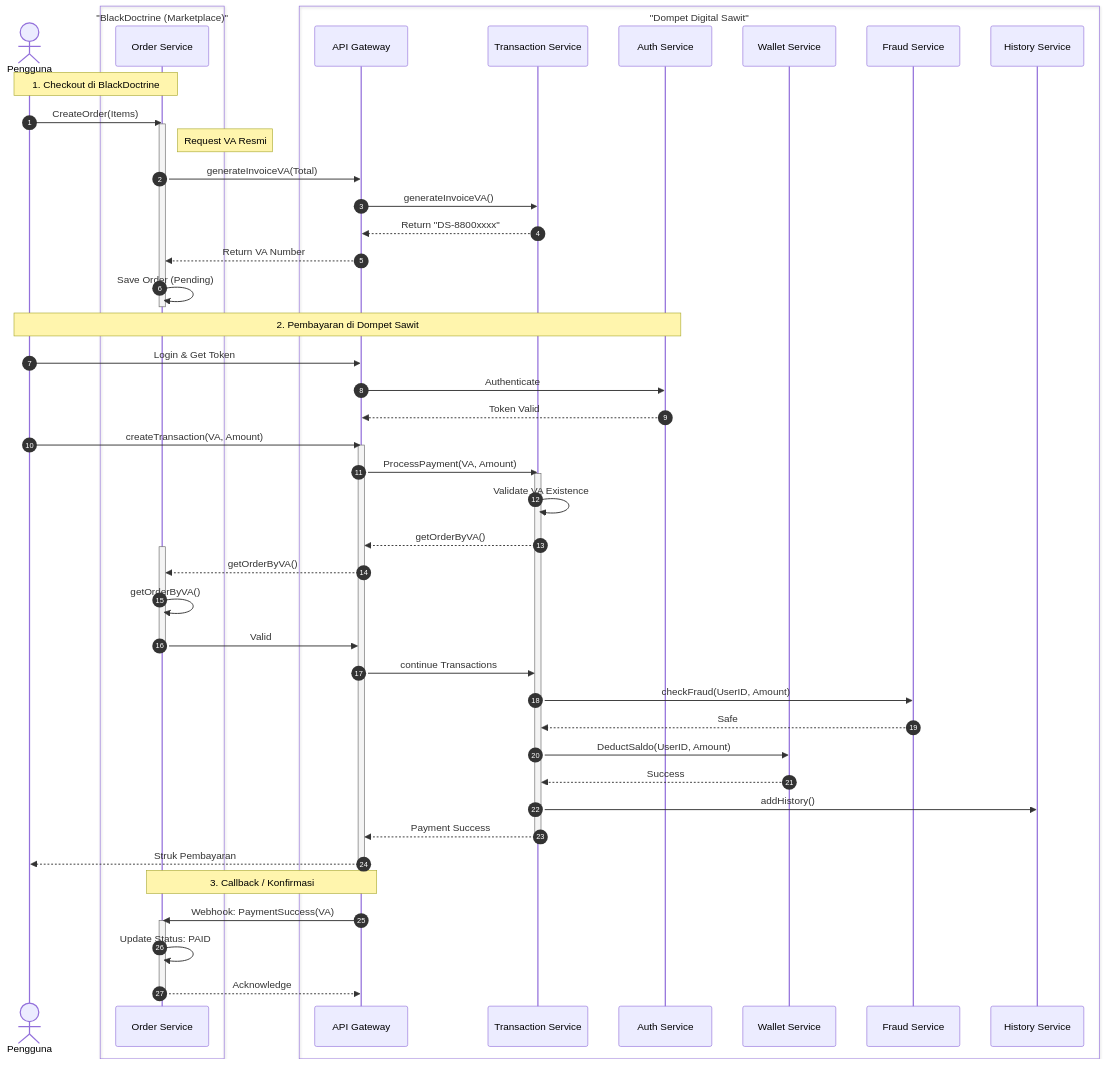
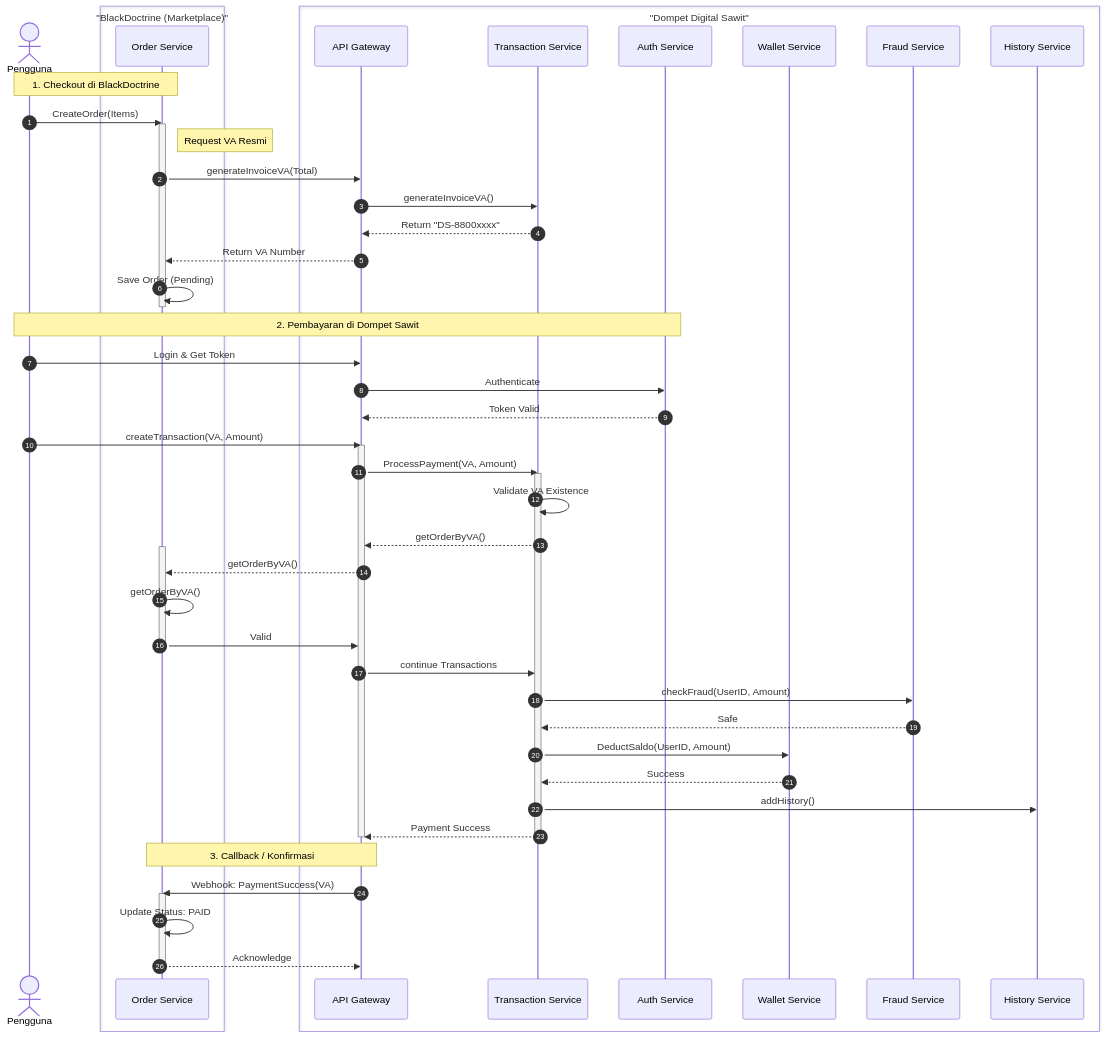
The second of 2 diagrams in readme.md (AAkmalAmran/Project-UAS-IAE_Dompet-Digital-Sawit), drawn with Mermaid before and after one commit. The commit also changed other lines of this file, not shown here.

````diff
--- a/readme.md
+++ b/readme.md
@@ -402,73 +434,72 @@
 ```mermaid
 sequenceDiagram
     autonumber
 
     actor User as Pengguna
     box "BlackDoctrine (Marketplace)" #FFFFFF
         participant Order as Order Service
     end
 
     box "Dompet Digital Sawit" #1E4D2B
         participant Gateway as API Gateway
         participant Trans as Transaction Service
         participant Auth as Auth Service
         participant Wallet as Wallet Service
         participant Fraud as Fraud Service
         participant History as History Service
     end
 
     Note over User, Order: 1. Checkout di BlackDoctrine
 
     User->>Order: CreateOrder(Items)
     activate Order
     
     Note right of Order: Request VA Resmi
     Order->>Gateway: generateInvoiceVA(Total)
     Gateway->>Trans: generateInvoiceVA()
     Trans-->>Gateway: Return "DS-8800xxxx"
     Gateway-->>Order: Return VA Number
     
     Order->>Order: Save Order (Pending)
     deactivate Order
 
     Note over User, Auth: 2. Pembayaran di Dompet Sawit
 
     User->>Gateway: Login & Get Token
     Gateway->>Auth: Authenticate
     Auth-->>Gateway: Token Valid
 
     User->>Gateway: createTransaction(VA, Amount)
     activate Gateway
     Gateway->>Trans: ProcessPayment(VA, Amount)
     activate Trans
 
         Trans->>Trans: Validate VA Existence
         Trans-->>Gateway: getOrderByVA()
         activate Order
         Gateway-->>Order: getOrderByVA()
         Order->>Order: getOrderByVA()
         Order->>Gateway: Valid
         deactivate Order
         Gateway->>Trans: continue Transactions
         
         Trans->>Fraud: checkFraud(UserID, Amount)
         Fraud-->>Trans: Safe
 
         Trans->>Wallet: DeductSaldo(UserID, Amount)
         Wallet-->>Trans: Success
 
         Trans->>History: addHistory()
 
     Trans-->>Gateway: Payment Success
     deactivate Trans
-    Gateway-->>User: Struk Pembayaran
     deactivate Gateway
 
     Note over Gateway, Order: 3. Callback / Konfirmasi
 
     Gateway->>Order: Webhook: PaymentSuccess(VA)
     activate Order
     Order->>Order: Update Status: PAID
     Order-->>Gateway: Acknowledge
     deactivate Order
 ```
````
